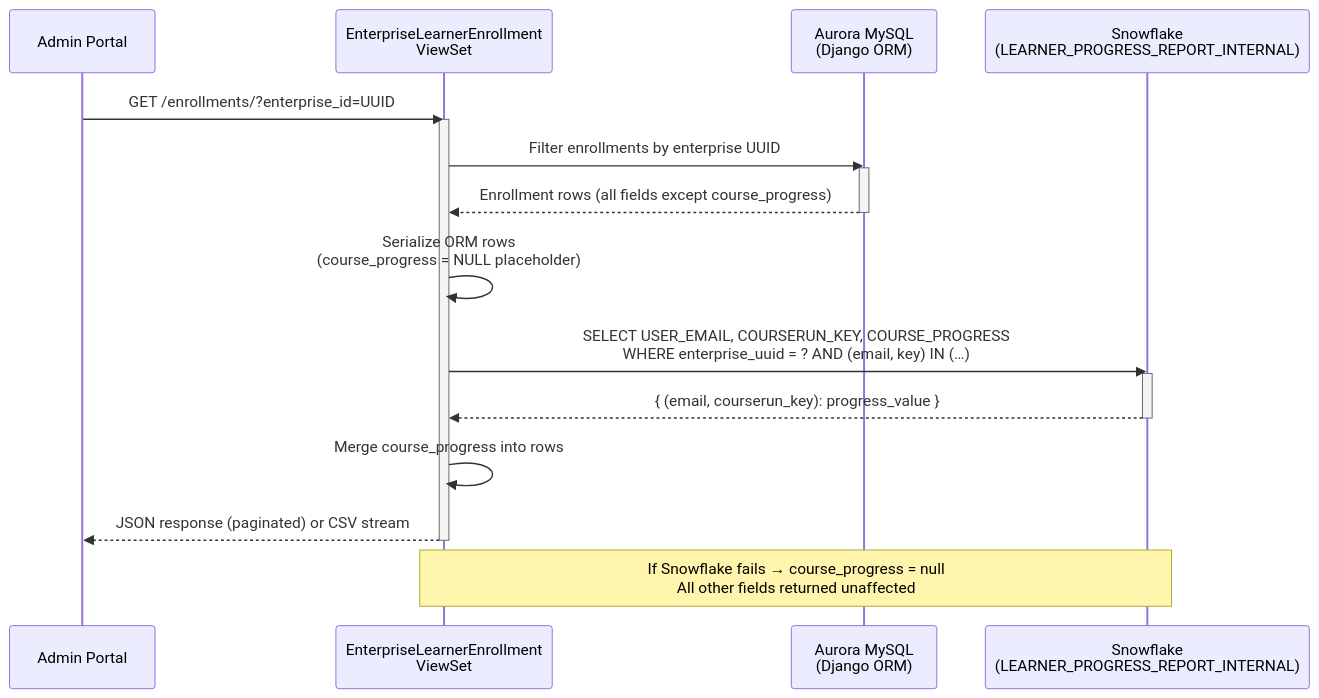
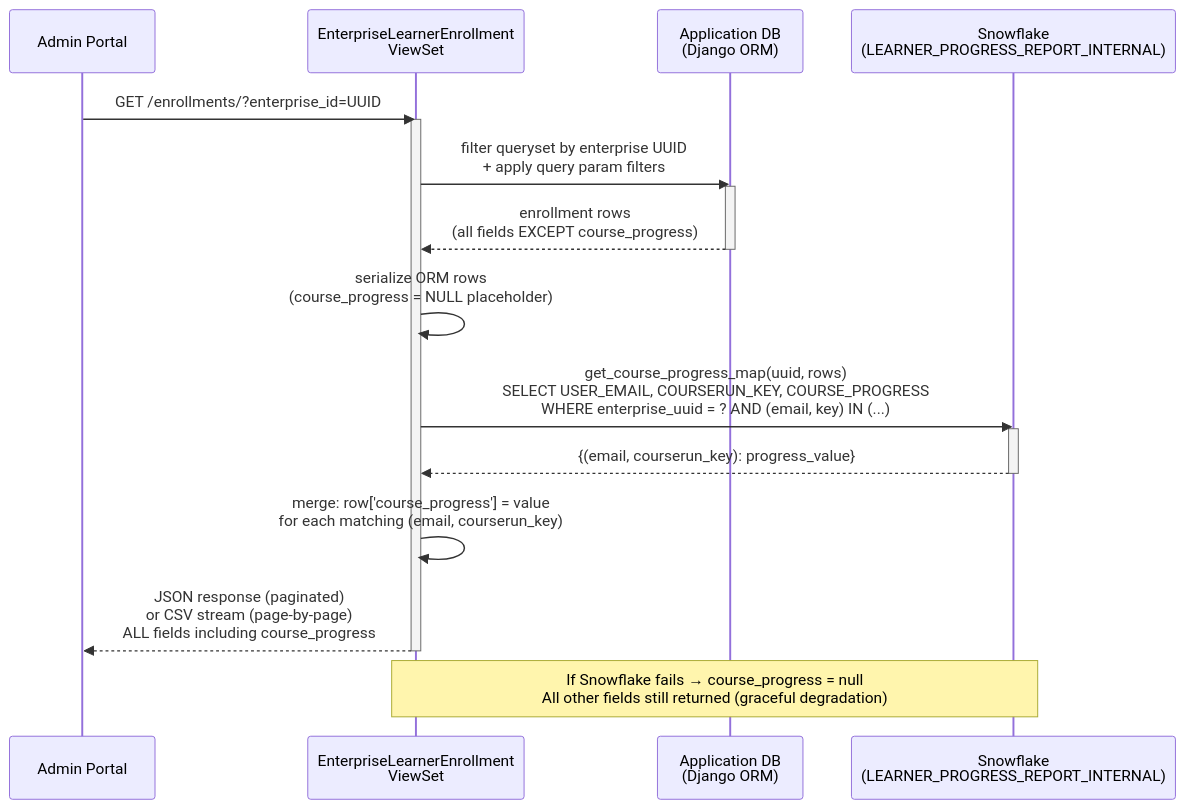
One commit to rgopalrao-sonata-png/documents changed the second of 2 diagrams in LPR/updated_doc.md. Above: the diagram before and after it, drawn with Mermaid. The commit also changed other lines of this file, not shown here.

First line of the commit message:
Revise LPR documentation for course_progress details

````diff
--- a/LPR/updated_doc.md
+++ b/LPR/updated_doc.md
@@ -230,29 +255,29 @@
 ```mermaid
 sequenceDiagram
     participant AP as Admin Portal
     participant VS as EnterpriseLearnerEnrollment<br/>ViewSet
-    participant DB as Aurora MySQL<br/>(Django ORM)
+    participant DB as Application DB<br/>(Django ORM)
     participant SF as Snowflake<br/>(LEARNER_PROGRESS_REPORT_INTERNAL)
 
     AP->>VS: GET /enrollments/?enterprise_id=UUID
     activate VS
 
-    VS->>DB: Filter enrollments by enterprise UUID
+    VS->>DB: filter queryset by enterprise UUID<br/>+ apply query param filters
     activate DB
-    DB-->>VS: Enrollment rows (all fields except course_progress)
+    DB-->>VS: enrollment rows<br/>(all fields EXCEPT course_progress)
     deactivate DB
 
-    VS->>VS: Serialize ORM rows<br/>(course_progress = NULL placeholder)
+    VS->>VS: serialize ORM rows<br/>(course_progress = NULL placeholder)
 
-    VS->>SF: SELECT USER_EMAIL, COURSERUN_KEY, COURSE_PROGRESS<br/>WHERE enterprise_uuid = ? AND (email, key) IN (…)
+    VS->>SF: get_course_progress_map(uuid, rows)<br/>SELECT USER_EMAIL, COURSERUN_KEY, COURSE_PROGRESS<br/>WHERE enterprise_uuid = ? AND (email, key) IN (...)
     activate SF
-    SF-->>VS: { (email, courserun_key): progress_value }
+    SF-->>VS: {(email, courserun_key): progress_value}
     deactivate SF
 
-    VS->>VS: Merge course_progress into rows
+    VS->>VS: merge: row['course_progress'] = value<br/>for each matching (email, courserun_key)
 
-    VS-->>AP: JSON response (paginated) or CSV stream
+    VS-->>AP: JSON response (paginated)<br/>or CSV stream (page-by-page)<br/>ALL fields including course_progress
     deactivate VS
 
-    Note over VS,SF: If Snowflake fails → course_progress = null<br/>All other fields returned unaffected
+    Note over VS,SF: If Snowflake fails → course_progress = null<br/>All other fields still returned (graceful degradation)
 ```
````
